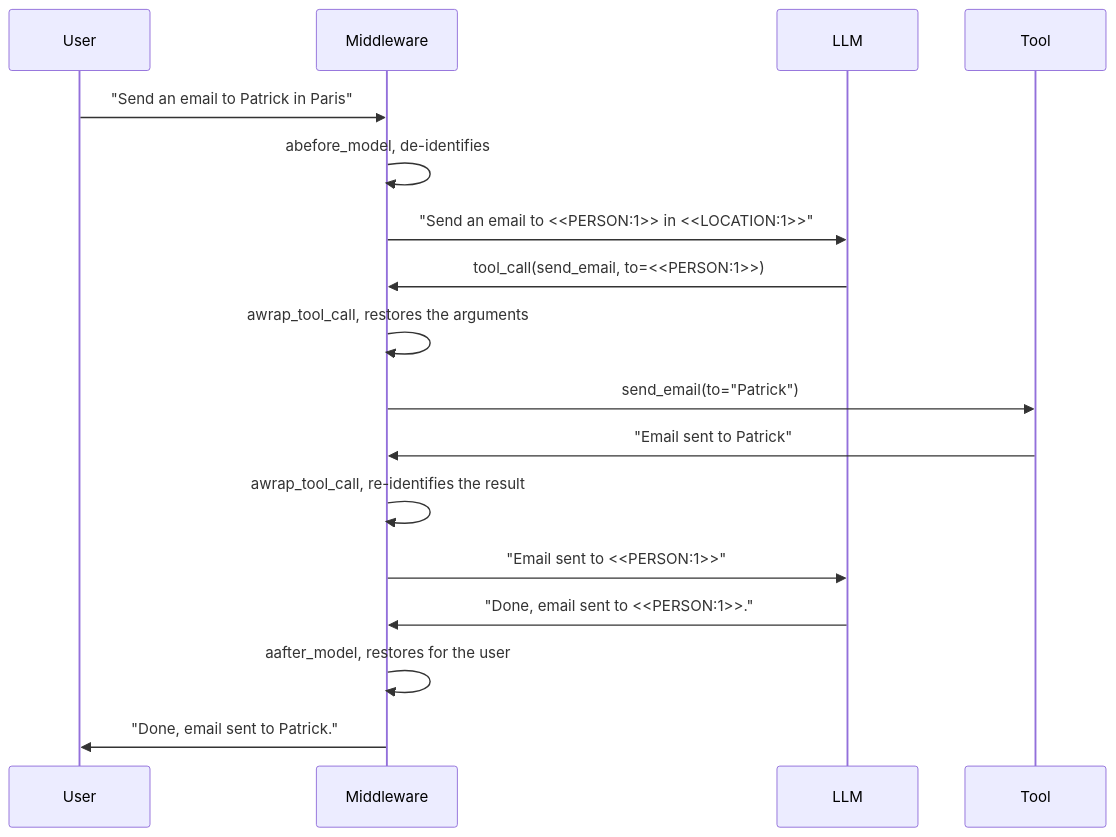
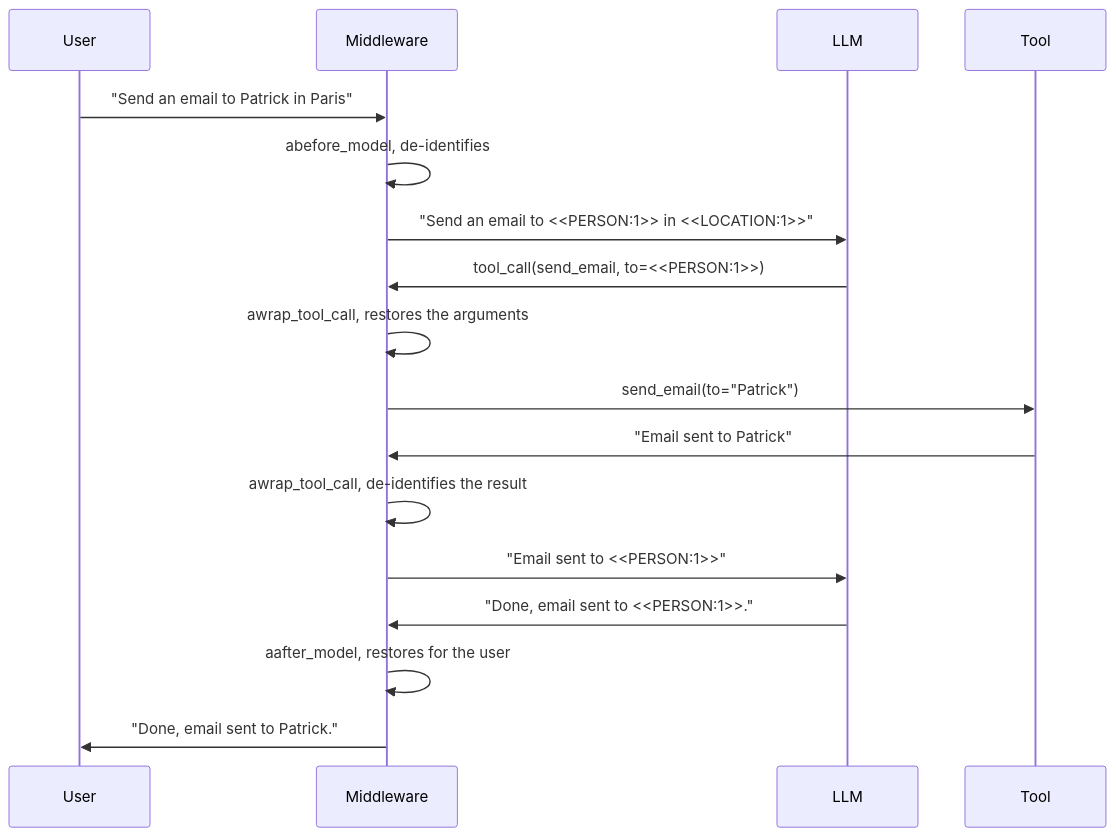
One commit to Athroniaeth/piighost changed the fourth of 4 diagrams in docs/en/architecture.md. Above: the diagram before and after it, drawn with Mermaid. The commit also changed other lines of this file and 62 other files, not shown here.

````diff
--- a/docs/en/architecture.md
+++ b/docs/en/architecture.md
@@ -348,20 +348,20 @@
 ```mermaid
 sequenceDiagram
     participant U as User
     participant M as Middleware
     participant L as LLM
     participant T as Tool
 
     U->>M: "Send an email to Patrick in Paris"
     M->>M: abefore_model, de-identifies
     M->>L: "Send an email to <<PERSON:1>> in <<LOCATION:1>>"
     L->>M: tool_call(send_email, to=<<PERSON:1>>)
     M->>M: awrap_tool_call, restores the arguments
     M->>T: send_email(to="Patrick")
     T->>M: "Email sent to Patrick"
-    M->>M: awrap_tool_call, re-identifies the result
+    M->>M: awrap_tool_call, de-identifies the result
     M->>L: "Email sent to <<PERSON:1>>"
     L->>M: "Done, email sent to <<PERSON:1>>."
     M->>M: aafter_model, restores for the user
     M->>U: "Done, email sent to Patrick."
 ```
````
